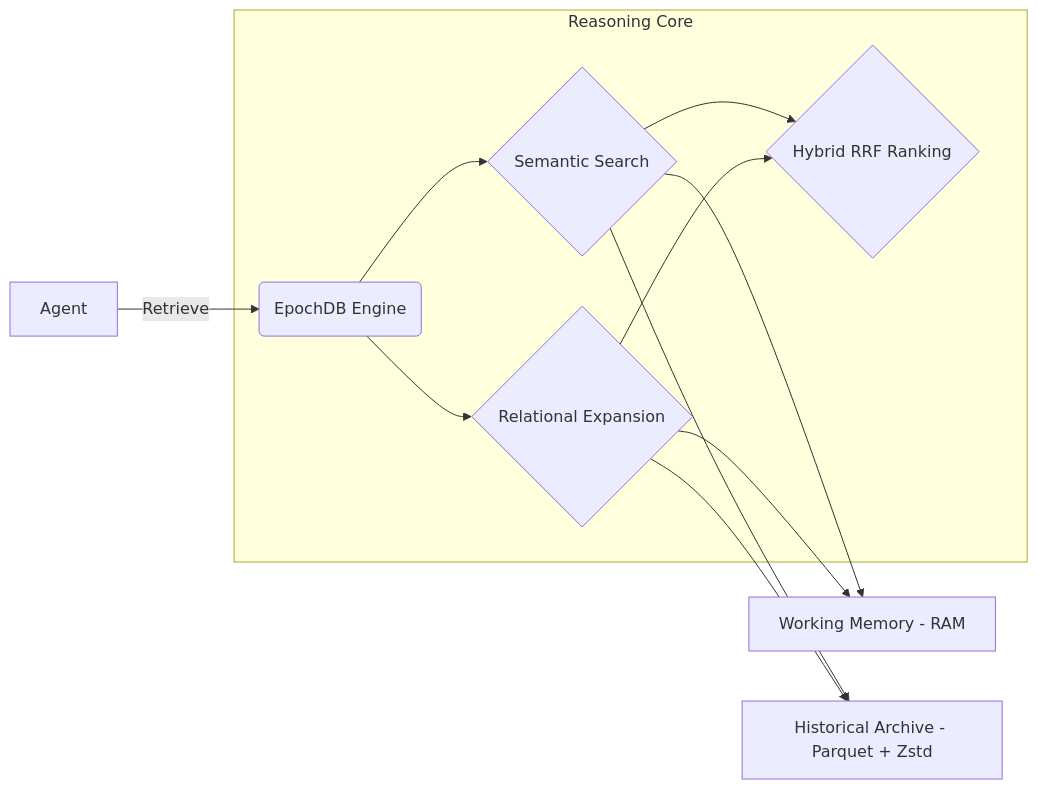
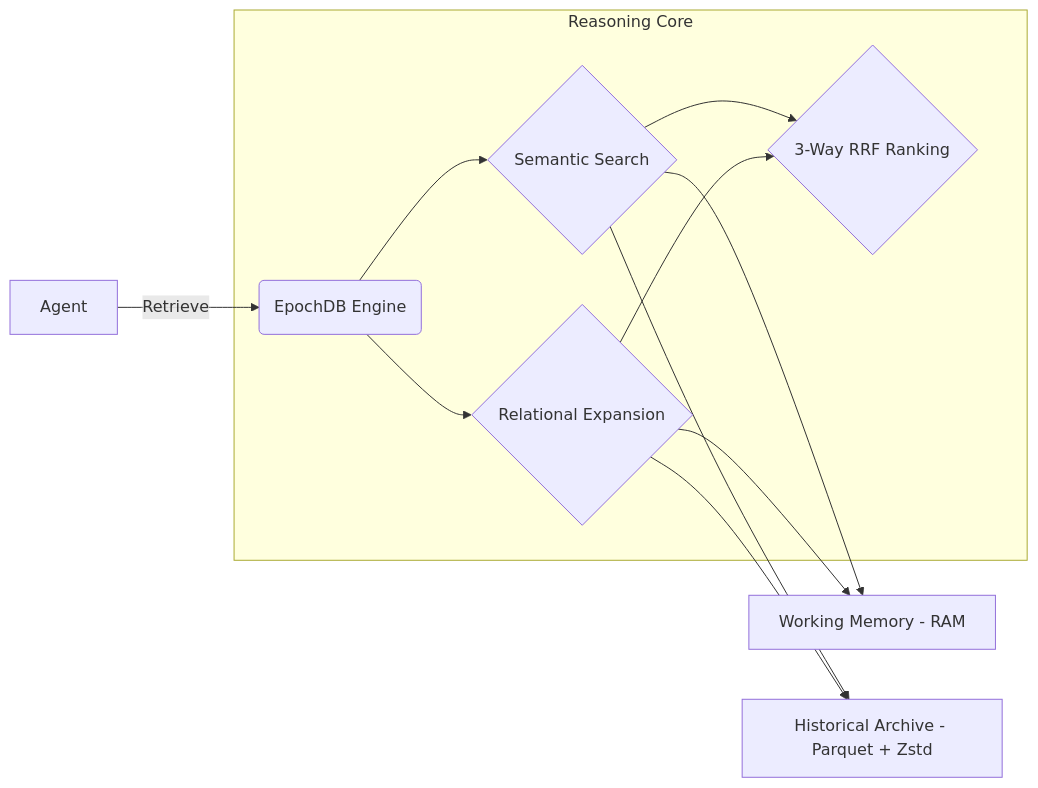
One commit to jersobh/epochdb changed the diagram in README.md. Above: the diagram before and after it, drawn with Mermaid. The commit also changed other lines of this file and 4 other files, not shown here.

````diff
--- a/README.md
+++ b/README.md
@@ -20,11 +20,11 @@
 ```mermaid
 graph LR
     A[Agent] -->|Retrieve| B(EpochDB Engine)
     subgraph "Reasoning Core"
         B --> C{Semantic Search}
         B --> D{Relational Expansion}
-        C & D --> R{Hybrid RRF Ranking}
+        C & D --> R{3-Way RRF Ranking}
     end
     C & D --> E[Working Memory - RAM]
     C & D --> F[Historical Archive - Parquet + Zstd]
 ```
````
